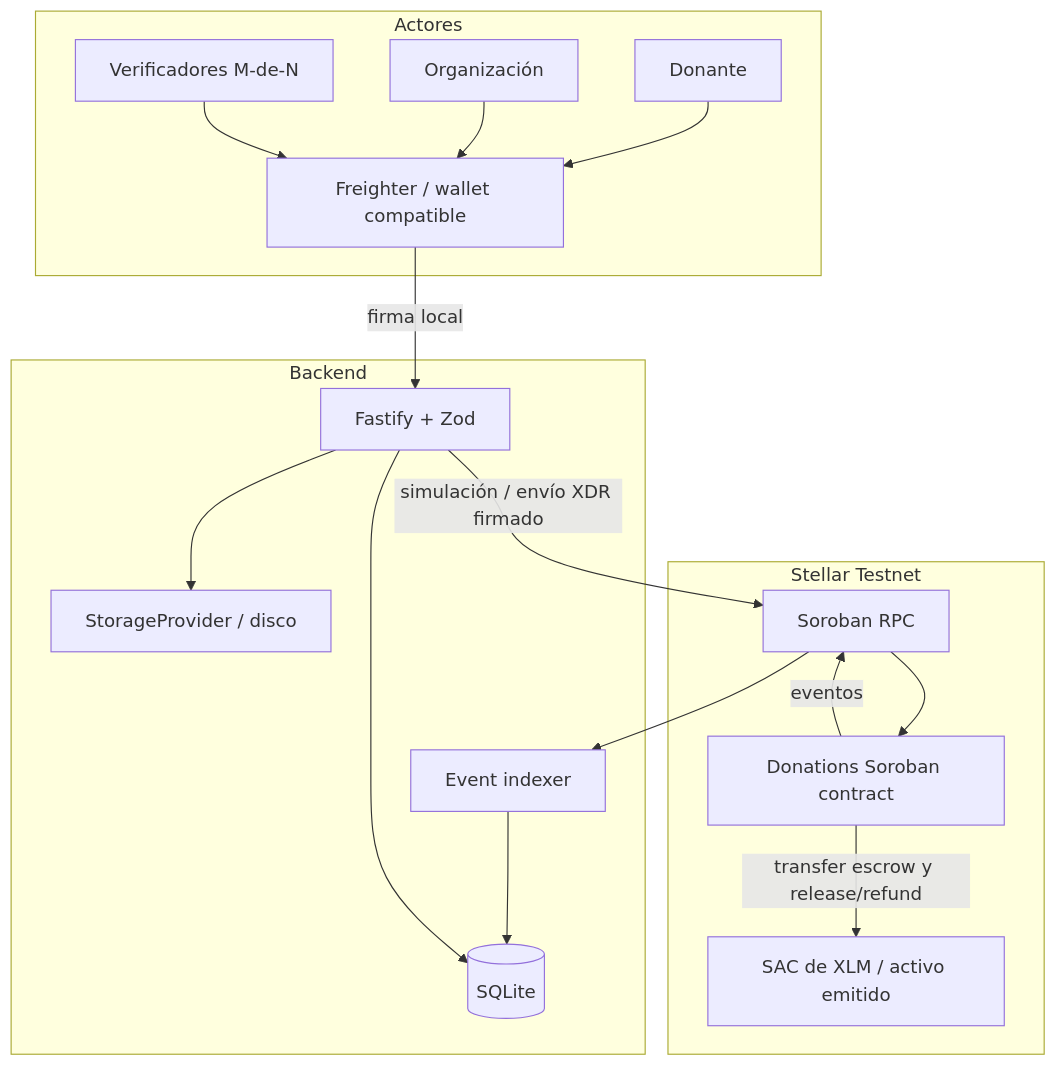
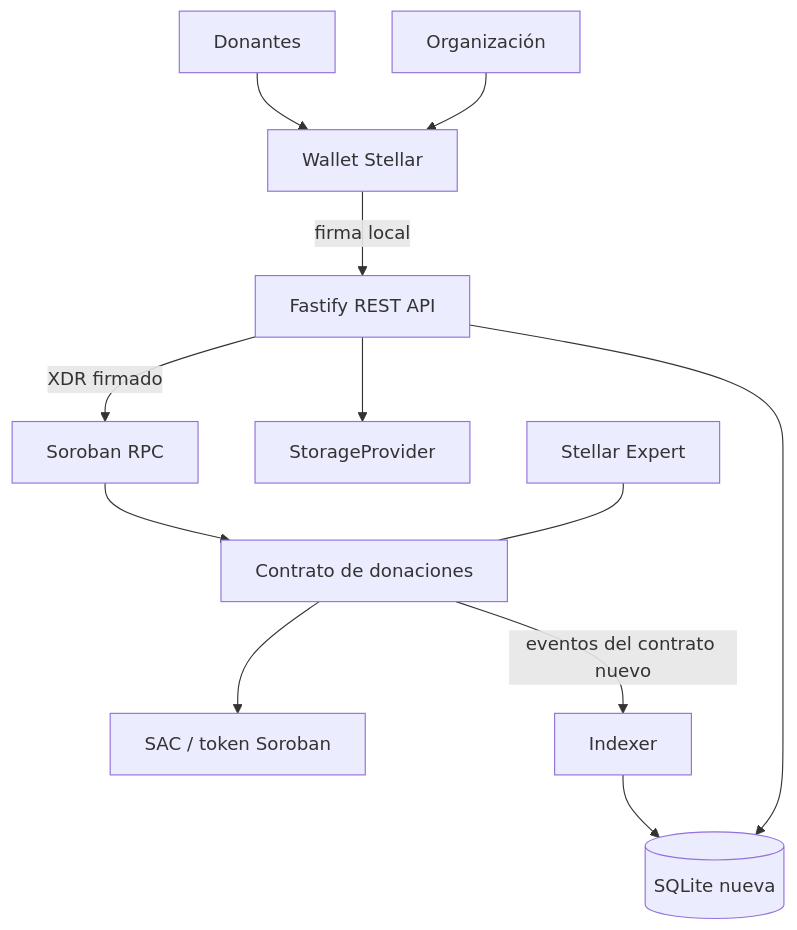
Before and after one commit to SofiCandia/ClearFund: the diagram in docs/ARCHITECTURE.md, drawn with Mermaid. The commit also changed other lines of this file and 49 other files, not shown here.

Commit message:
Contrato desplegado y smoke-test aprobado en testnet

````diff
--- a/docs/ARCHITECTURE.md
+++ b/docs/ARCHITECTURE.md
@@ -8,31 +9,14 @@
 ```mermaid
 flowchart TB
-  subgraph Actors[Actores]
-    Donor[Donante]
-    Org[Organización]
-    Verifiers[Verificadores M-de-N]
-    Wallet[Freighter / wallet compatible]
-  end
-  subgraph Stellar[Stellar Testnet]
-    Contract[Donations Soroban contract]
-    Token[SAC de XLM / activo emitido]
-    Contract -->|transfer escrow y release/refund| Token
-    Contract -->|eventos| RPC[Soroban RPC]
-  end
-  subgraph Service[Backend]
-    API[Fastify + Zod]
-    Indexer[Event indexer]
-    DB[(SQLite)]
-    Storage[StorageProvider / disco]
-    Indexer --> DB
-    API --> DB
-    API --> Storage
-  end
-  Donor --> Wallet
-  Org --> Wallet
-  Verifiers --> Wallet
-  Wallet -->|firma local| API
-  API -->|simulación / envío XDR firmado| RPC
-  RPC --> Contract
-  RPC --> Indexer
+  Donors[Donantes] --> Wallet[Wallet Stellar]
+  Org[Organización] --> Wallet
+  Wallet -->|firma local| API[Fastify REST API]
+  API -->|XDR firmado| RPC[Soroban RPC]
+  RPC --> Contract[Contrato de donaciones]
+  Contract --> Token[SAC / token Soroban]
+  Contract -->|eventos del contrato nuevo| Indexer[Indexer]
+  Indexer --> DB[(SQLite nueva)]
+  API --> DB
+  API --> Evidence[StorageProvider]
+  Explorer[Stellar Expert] --- Contract
 ```
````
